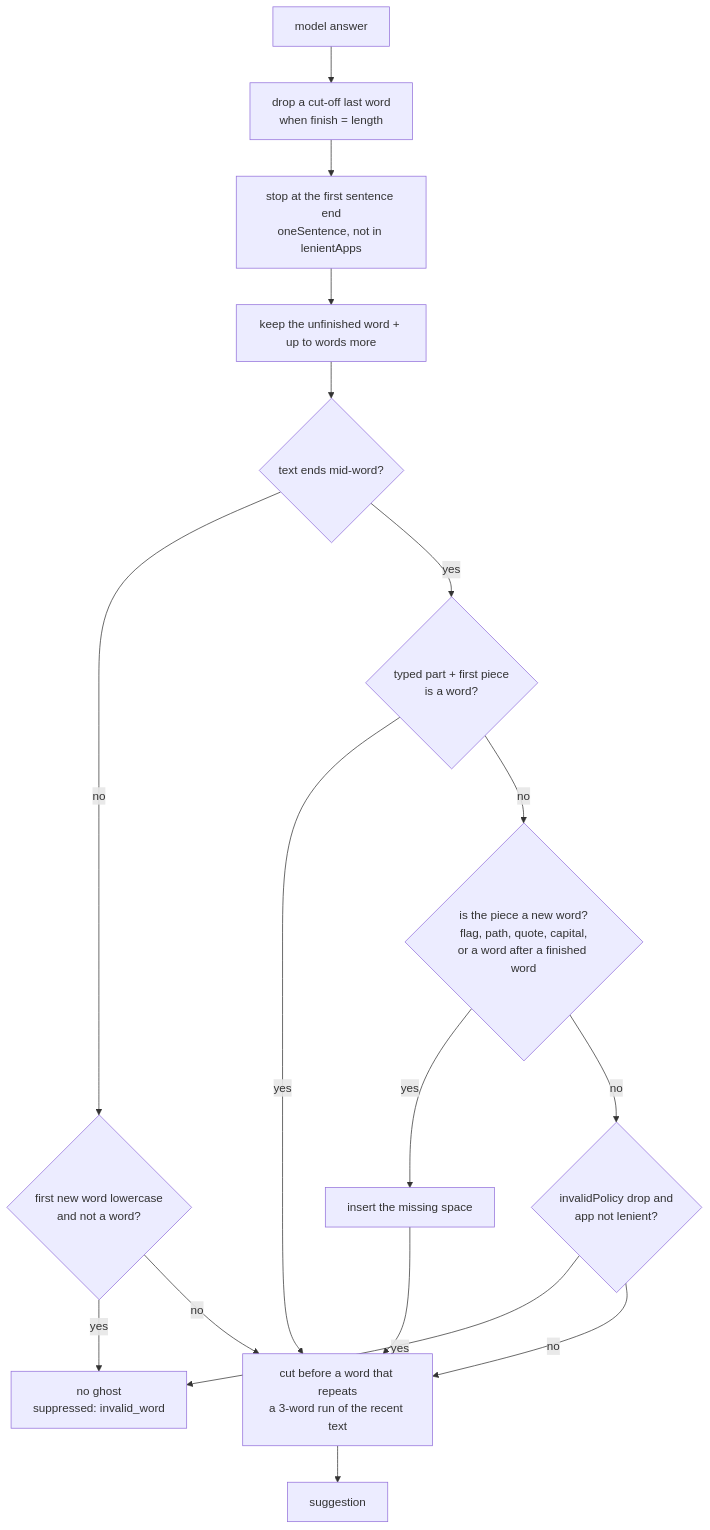
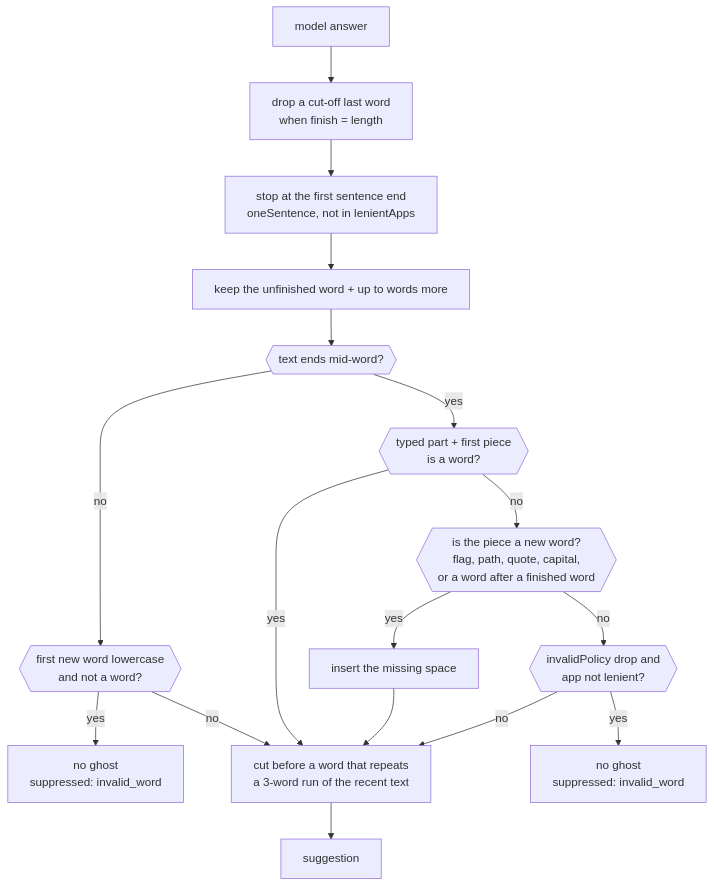
One commit to FreemanX/Homeword changed the sixth of 7 diagrams in docs/ARCHITECTURE.md. Above: the diagram before and after it, drawn with Mermaid. The commit also changed other lines of this file and 6 other files, not shown here.

First line of the commit message:
Mermaid: wider text in flowchart boxes

````diff
--- a/docs/ARCHITECTURE.md
+++ b/docs/ARCHITECTURE.md
@@ -298,18 +298,19 @@
 ```mermaid
+%%{init: {"flowchart": {"wrappingWidth": 480}}}%%
 flowchart TD
     raw["model answer"] --> cut["drop a cut-off last word<br/>when finish = length"]
     cut --> sent["stop at the first sentence end<br/>oneSentence, not in lenientApps"]
     sent --> cap["keep the unfinished word + up to words more"]
-    cap --> mid{"text ends mid-word?"}
-    mid -- no --> nw{"first new word lowercase<br/>and not a word?"}
-    nw -- yes --> none
+    cap --> mid{{"text ends mid-word?"}}
+    mid -- no --> nw{{"first new word lowercase<br/>and not a word?"}}
+    nw -- yes --> none1["no ghost<br/>suppressed: invalid_word"]
     nw -- no --> rep
-    mid -- yes --> word{"typed part + first piece<br/>is a word?"}
+    mid -- yes --> word{{"typed part + first piece<br/>is a word?"}}
     word -- yes --> rep
-    word -- no --> sep{"is the piece a new word?<br/>flag, path, quote, capital,<br/>or a word after a finished word"}
+    word -- no --> sep{{"is the piece a new word?<br/>flag, path, quote, capital,<br/>or a word after a finished word"}}
     sep -- yes --> space["insert the missing space"] --> rep
-    sep -- no --> drop{"invalidPolicy drop and<br/>app not lenient?"}
-    drop -- yes --> none["no ghost<br/>suppressed: invalid_word"]
+    sep -- no --> drop{{"invalidPolicy drop and<br/>app not lenient?"}}
+    drop -- yes --> none2["no ghost<br/>suppressed: invalid_word"]
     drop -- no --> rep
     rep["cut before a word that repeats<br/>a 3-word run of the recent text"] --> show["suggestion"]
 ```
````
